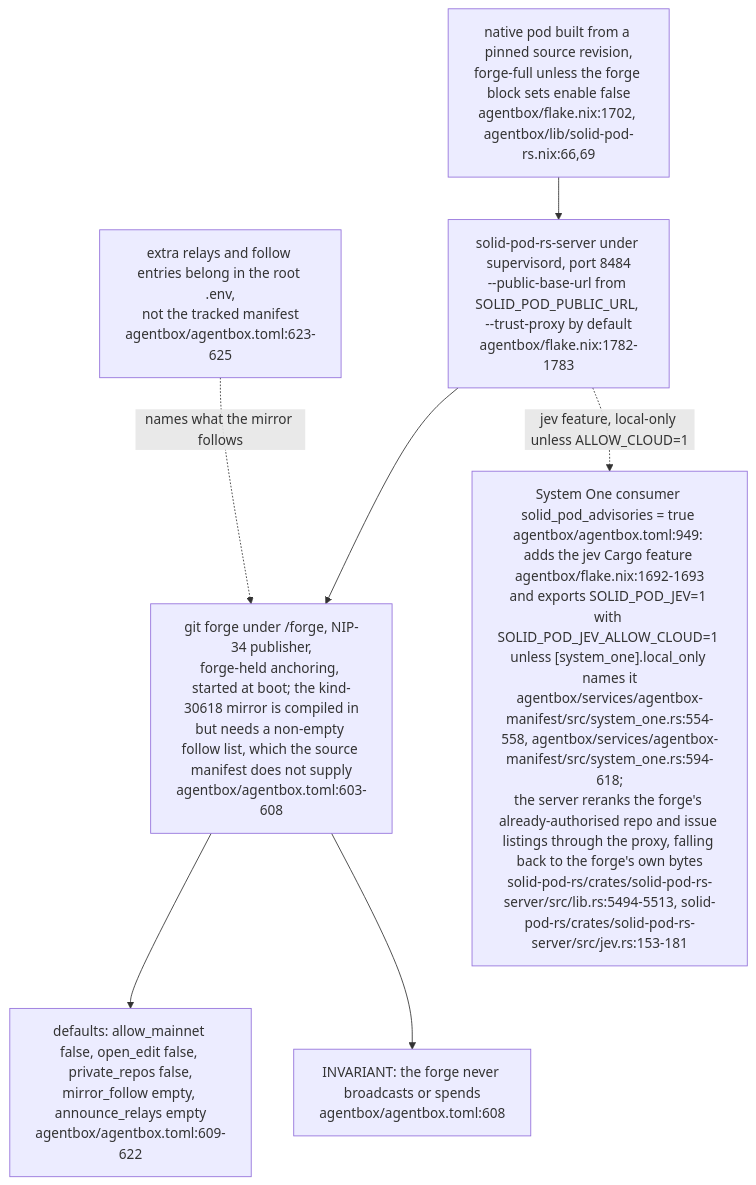
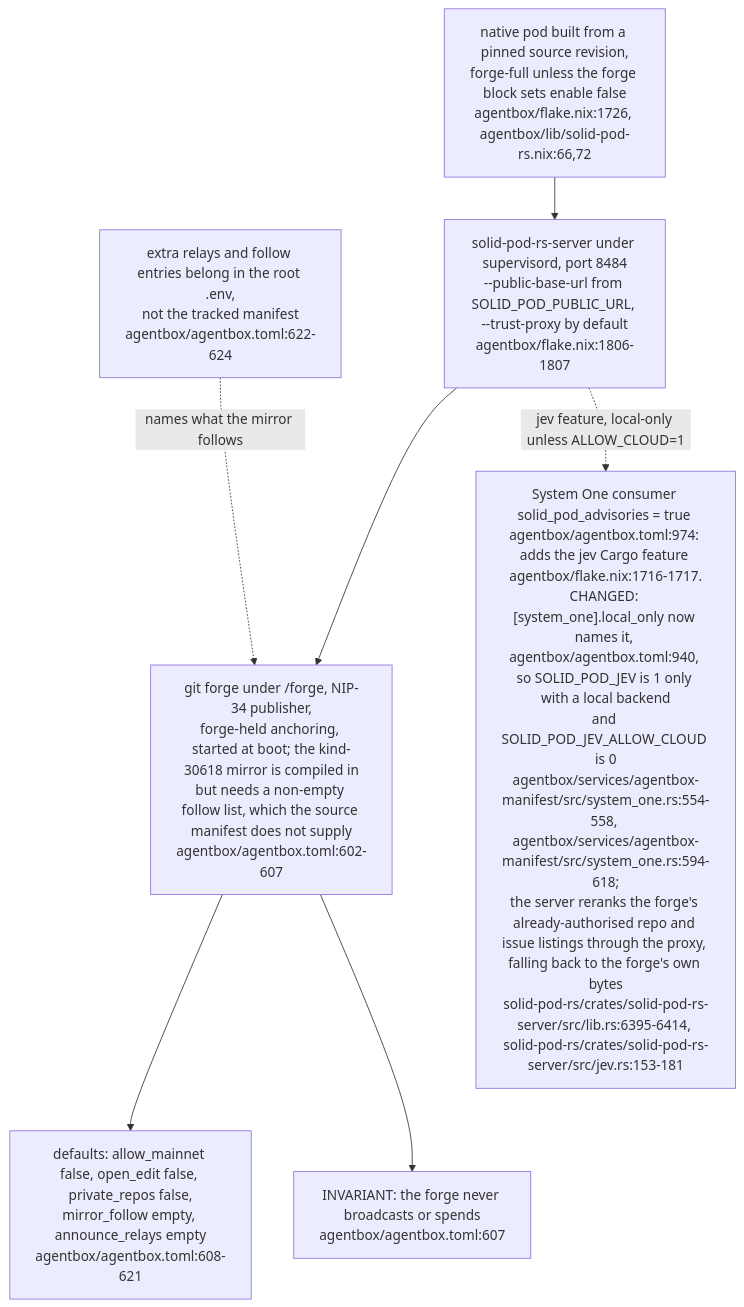
Before and after one commit to DreamLab-AI/VisionFlow: diagram 13 of 13 in docs/diagrams/estate/08-solid-pod-estate.md, drawn with Mermaid. The commit also changed other lines of this file and 5 other files, not shown here.

````diff
--- a/docs/diagrams/estate/08-solid-pod-estate.md
+++ b/docs/diagrams/estate/08-solid-pod-estate.md
@@ -552,15 +557,15 @@
 ```mermaid
 flowchart TB
-    PIN["native pod built from a pinned source revision,<br/>forge-full unless the forge block sets enable false<br/>agentbox/flake.nix:1702, agentbox/lib/solid-pod-rs.nix:66,69"]
-    SRV["solid-pod-rs-server under supervisord, port 8484<br/>--public-base-url from SOLID_POD_PUBLIC_URL, --trust-proxy by default<br/>agentbox/flake.nix:1782-1783"]
-    FORGE["git forge under /forge, NIP-34 publisher,<br/>forge-held anchoring, started at boot; the kind-30618 mirror is compiled in<br/>but needs a non-empty follow list, which the source manifest does not supply<br/>agentbox/agentbox.toml:603-608"]
-    OFF["defaults: allow_mainnet false, open_edit false, private_repos false,<br/>mirror_follow empty, announce_relays empty<br/>agentbox/agentbox.toml:609-622"]
-    JEV["System One consumer solid_pod_advisories = true agentbox/agentbox.toml:949: adds the jev Cargo feature agentbox/flake.nix:1692-1693<br/>and exports SOLID_POD_JEV=1 with SOLID_POD_JEV_ALLOW_CLOUD=1 unless [system_one].local_only names it<br/>agentbox/services/agentbox-manifest/src/system_one.rs:554-558, agentbox/services/agentbox-manifest/src/system_one.rs:594-618;<br/>the server reranks the forge's already-authorised repo and issue listings through the proxy, falling back to the forge's own bytes<br/>solid-pod-rs/crates/solid-pod-rs-server/src/lib.rs:5494-5513, solid-pod-rs/crates/solid-pod-rs-server/src/jev.rs:153-181"]
-    ENV["extra relays and follow entries belong in the root .env,<br/>not the tracked manifest<br/>agentbox/agentbox.toml:623-625"]
+    PIN["native pod built from a pinned source revision,<br/>forge-full unless the forge block sets enable false<br/>agentbox/flake.nix:1726, agentbox/lib/solid-pod-rs.nix:66,72"]
+    SRV["solid-pod-rs-server under supervisord, port 8484<br/>--public-base-url from SOLID_POD_PUBLIC_URL, --trust-proxy by default<br/>agentbox/flake.nix:1806-1807"]
+    FORGE["git forge under /forge, NIP-34 publisher,<br/>forge-held anchoring, started at boot; the kind-30618 mirror is compiled in<br/>but needs a non-empty follow list, which the source manifest does not supply<br/>agentbox/agentbox.toml:602-607"]
+    OFF["defaults: allow_mainnet false, open_edit false, private_repos false,<br/>mirror_follow empty, announce_relays empty<br/>agentbox/agentbox.toml:608-621"]
+    JEV["System One consumer solid_pod_advisories = true agentbox/agentbox.toml:974: adds the jev Cargo feature agentbox/flake.nix:1716-1717.<br/>CHANGED: [system_one].local_only now names it, agentbox/agentbox.toml:940, so SOLID_POD_JEV is 1 only with a local backend<br/>and SOLID_POD_JEV_ALLOW_CLOUD is 0<br/>agentbox/services/agentbox-manifest/src/system_one.rs:554-558, agentbox/services/agentbox-manifest/src/system_one.rs:594-618;<br/>the server reranks the forge's already-authorised repo and issue listings through the proxy, falling back to the forge's own bytes<br/>solid-pod-rs/crates/solid-pod-rs-server/src/lib.rs:6395-6414, solid-pod-rs/crates/solid-pod-rs-server/src/jev.rs:153-181"]
+    ENV["extra relays and follow entries belong in the root .env,<br/>not the tracked manifest<br/>agentbox/agentbox.toml:622-624"]
     PIN --> SRV --> FORGE
     FORGE --> OFF
     SRV -.->|"jev feature, local-only unless ALLOW_CLOUD=1"| JEV
     ENV -.->|"names what the mirror follows"| FORGE
-    NOANCHOR["INVARIANT: the forge never broadcasts or spends<br/>agentbox/agentbox.toml:608"]
+    NOANCHOR["INVARIANT: the forge never broadcasts or spends<br/>agentbox/agentbox.toml:607"]
     FORGE --> NOANCHOR
 ```
````
